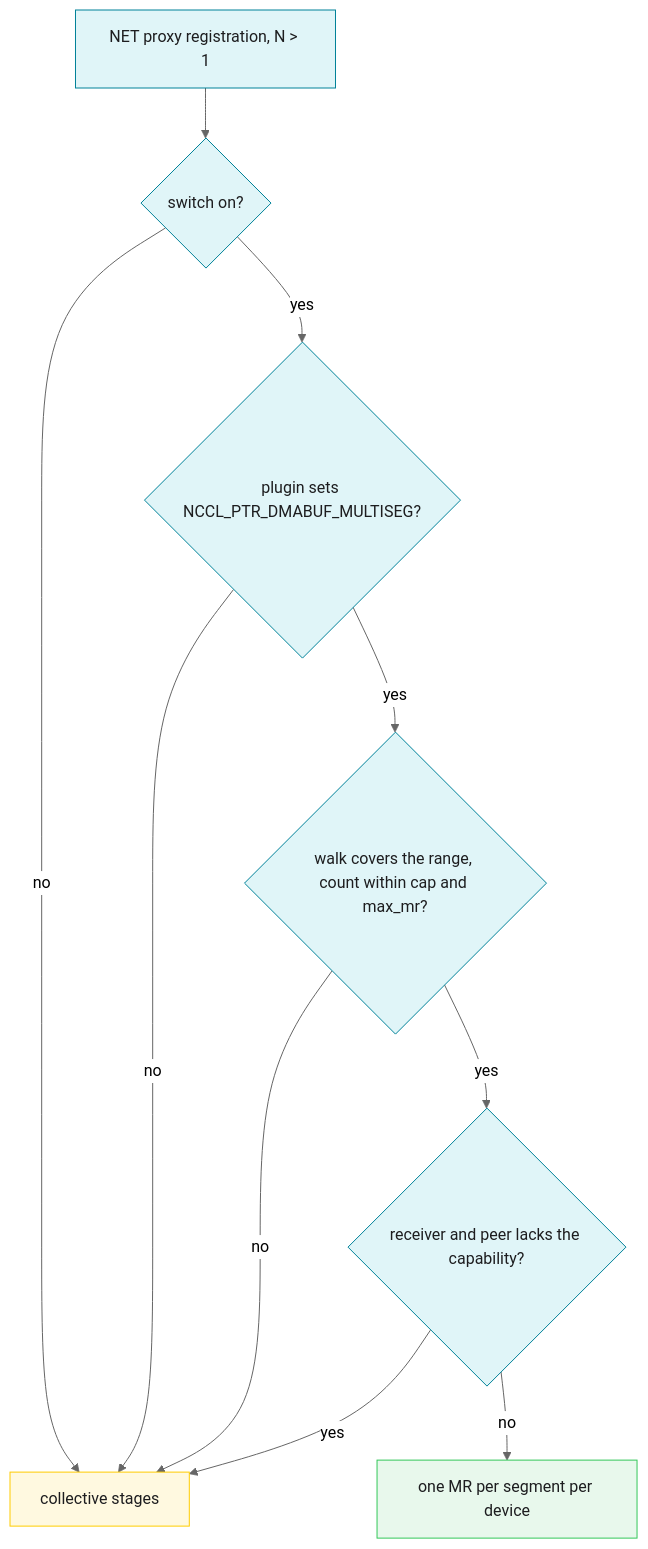
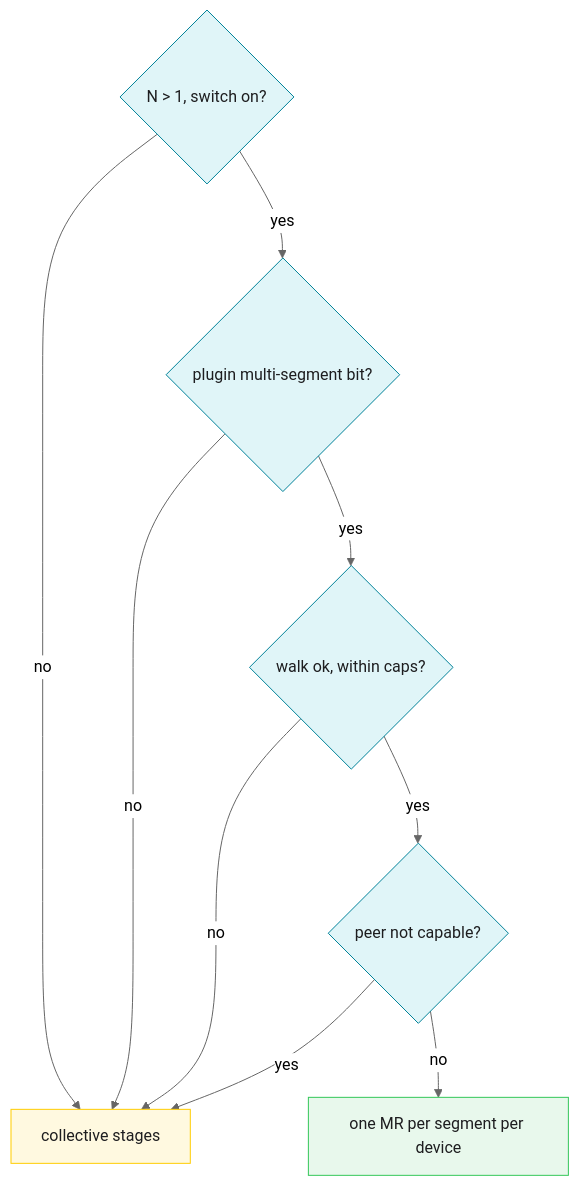
One commit to ROCm/rocm-systems changed the second of 4 diagrams in projects/rccl/docs/design/multi_segment_netib_wire.md. Above: the diagram before and after it, drawn with Mermaid (neutral theme). The commit also changed 1 other file, not shown here.

Commit message:
docs: fit three multi-segment diagrams on one page at the minimum print size
Lay the fork plugin's host-test and consolidation diagrams out top to
bottom, and shorten the decision labels in the classic NET/IB
registration flowchart, so the book's readability check passes.

````diff
--- a/projects/rccl/docs/design/multi_segment_netib_wire.md
+++ b/projects/rccl/docs/design/multi_segment_netib_wire.md
@@ -74,19 +74,19 @@
 ```mermaid
 %% caption: Classic NET/IB registration of a multi-segment buffer
 flowchart TD
- reg["NET proxy registration, N > 1"] --> sw{"switch on?"}
+ sw{"N > 1, switch on?"}
  sw -->|no| st["collective stages"]
- sw -->|yes| pb{"plugin sets NCCL_PTR_DMABUF_MULTISEG?"}
+ sw -->|yes| pb{"plugin multi-segment bit?"}
  pb -->|no| st
- pb -->|yes| walk{"walk covers the range, count within cap and max_mr?"}
+ pb -->|yes| walk{"walk ok, within caps?"}
  walk -->|no| st
- walk -->|yes| cap{"receiver and peer lacks the capability?"}
+ walk -->|yes| cap{"peer not capable?"}
  cap -->|yes| st
  cap -->|no| mrs["one MR per segment per device"]
  classDef netib fill:#e0f5f8,stroke:#008299,color:#1d1d1f
  classDef okpath fill:#e8f8ec,stroke:#34c759,color:#1d1d1f
  classDef stagepath fill:#fff9e0,stroke:#ffcc00,color:#1d1d1f
- class reg,sw,pb,walk,cap netib
+ class sw,pb,walk,cap netib
  class mrs okpath
  class st stagepath
 ```
````
